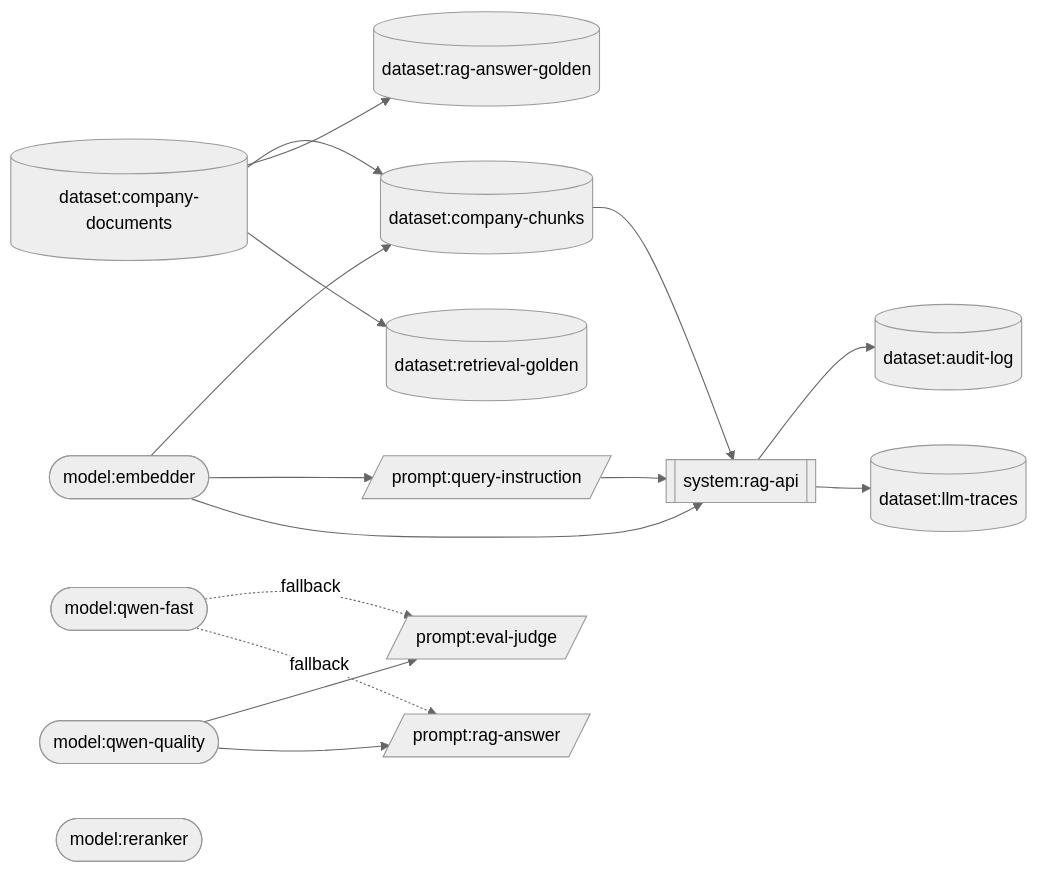
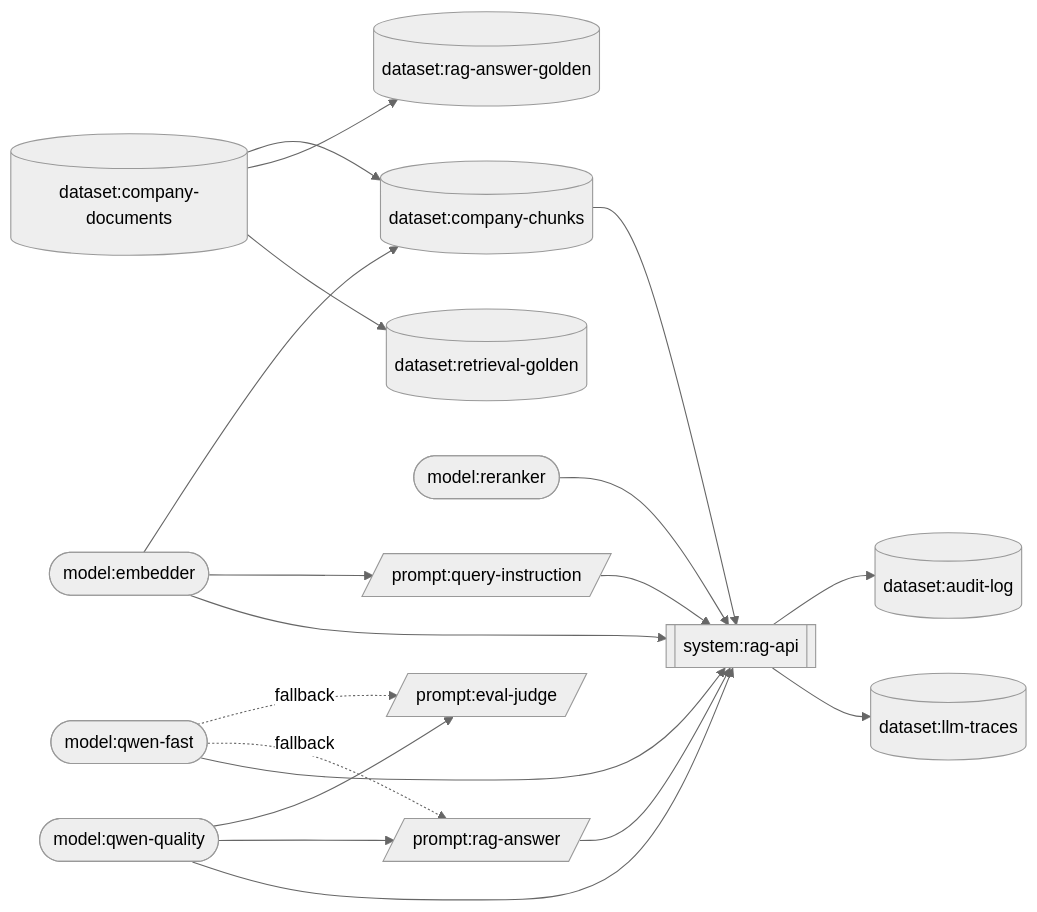
Before and after one commit to deivamanikailasam/RAG-Platform: the diagram in docs/cards/README.md, drawn with Mermaid (neutral theme). The commit also changed other lines of this file and 9 other files, not shown here.

First line of the commit message:
docs(cards): bring the rag-api system card up to date after Step 38

````diff
--- a/docs/cards/README.md
+++ b/docs/cards/README.md
@@ -21,31 +21,35 @@
 ```mermaid
 flowchart LR
     dataset_audit_log[("dataset:audit-log")]
     dataset_company_chunks[("dataset:company-chunks")]
     dataset_company_documents[("dataset:company-documents")]
     dataset_llm_traces[("dataset:llm-traces")]
     dataset_rag_answer_golden[("dataset:rag-answer-golden")]
     dataset_retrieval_golden[("dataset:retrieval-golden")]
     model_embedder(["model:embedder"])
     model_qwen_fast(["model:qwen-fast"])
     model_qwen_quality(["model:qwen-quality"])
     model_reranker(["model:reranker"])
     prompt_eval_judge[/"prompt:eval-judge"/]
     prompt_query_instruction[/"prompt:query-instruction"/]
     prompt_rag_answer[/"prompt:rag-answer"/]
     system_rag_api[["system:rag-api"]]
     dataset_company_chunks --> system_rag_api
     dataset_company_documents --> dataset_company_chunks
     dataset_company_documents --> dataset_rag_answer_golden
     dataset_company_documents --> dataset_retrieval_golden
     model_embedder --> dataset_company_chunks
     model_embedder --> prompt_query_instruction
     model_embedder --> system_rag_api
     model_qwen_fast -.->|fallback| prompt_eval_judge
     model_qwen_fast -.->|fallback| prompt_rag_answer
+    model_qwen_fast --> system_rag_api
     model_qwen_quality --> prompt_eval_judge
     model_qwen_quality --> prompt_rag_answer
+    model_qwen_quality --> system_rag_api
+    model_reranker --> system_rag_api
     prompt_query_instruction --> system_rag_api
+    prompt_rag_answer --> system_rag_api
     system_rag_api --> dataset_audit_log
     system_rag_api --> dataset_llm_traces
 ```
````
